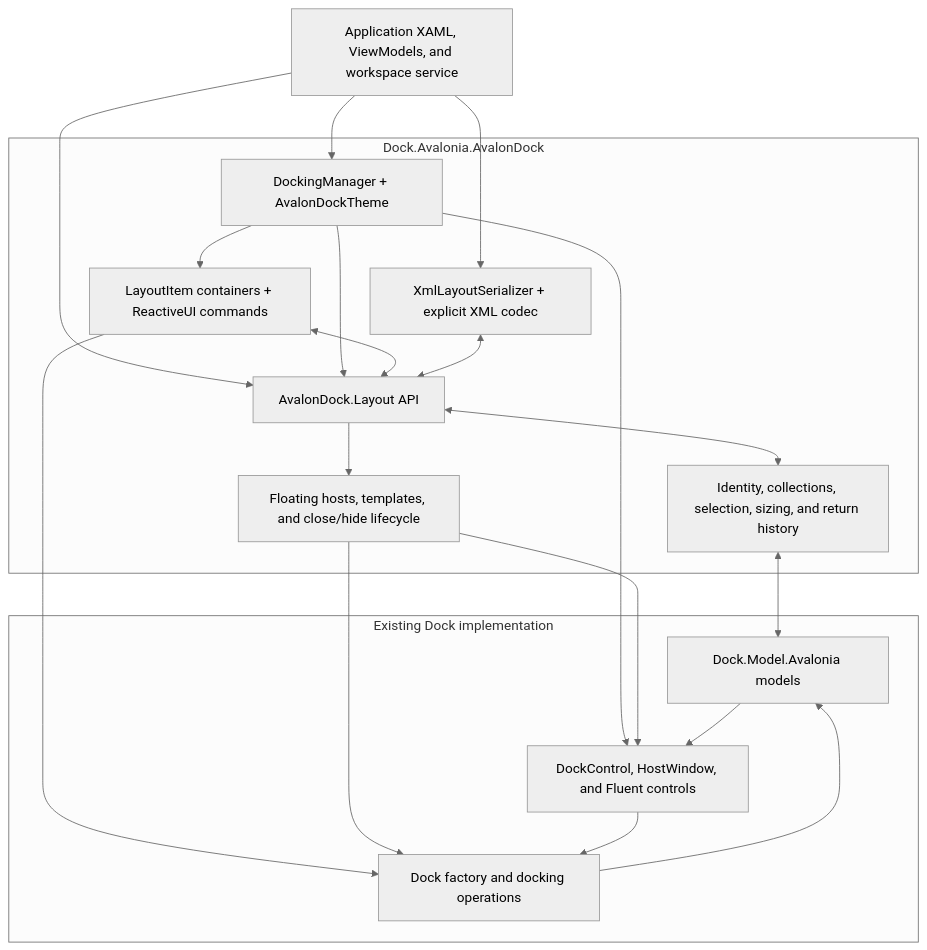
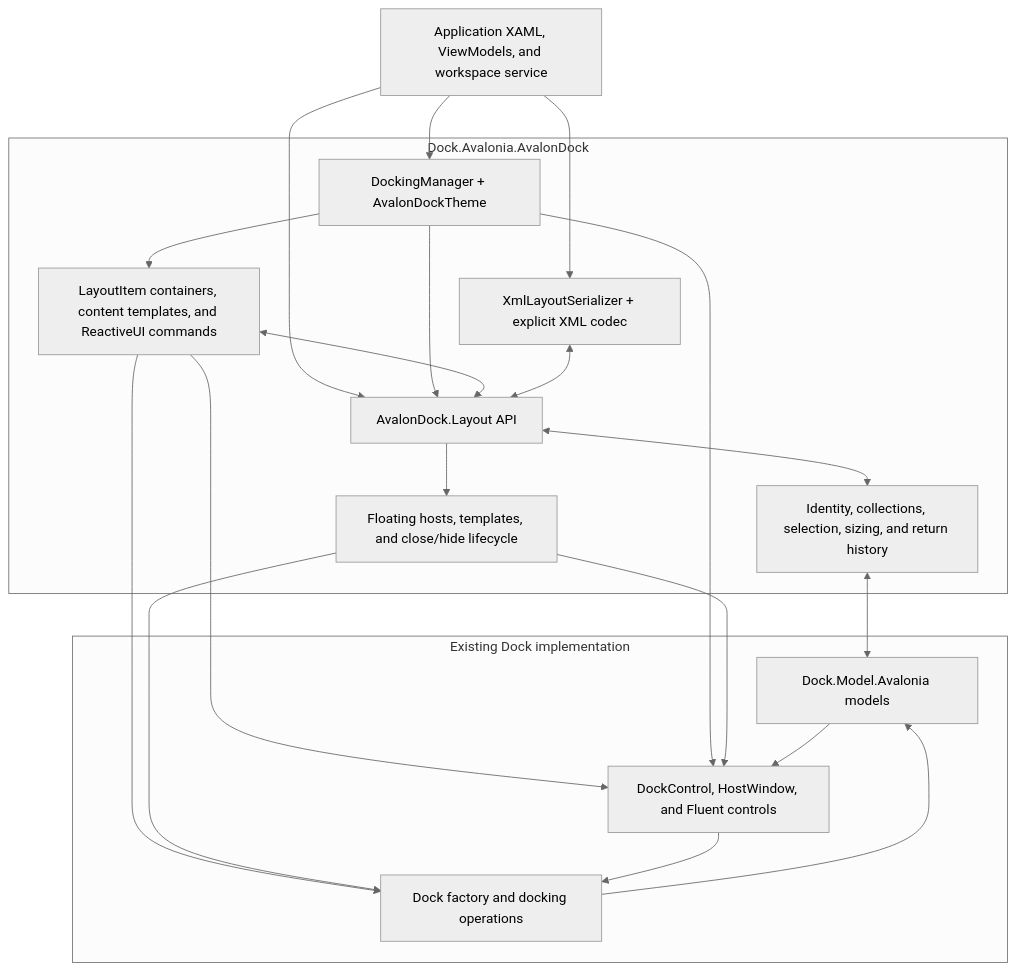
One commit to wieslawsoltes/Dock changed the diagram in docfx/articles/dock-avalondock.md. Above: the diagram before and after it, drawn with Mermaid (neutral theme). The commit also changed other lines of this file and 17 other files, not shown here.

Commit message:
Render native Dock content through AvalonDock item templates

````diff
--- a/docfx/articles/dock-avalondock.md
+++ b/docfx/articles/dock-avalondock.md
@@ -248,34 +299,35 @@
 ```mermaid
 flowchart TB
     App["Application XAML, ViewModels, and workspace service"]
     subgraph Compatibility["Dock.Avalonia.AvalonDock"]
         Manager["DockingManager + AvalonDockTheme"]
         Layout["AvalonDock.Layout API"]
-        Items["LayoutItem containers + ReactiveUI commands"]
+        Items["LayoutItem containers, content templates, and ReactiveUI commands"]
         Bridge["Identity, collections, selection, sizing, and return history"]
         Lifecycle["Floating hosts, templates, and close/hide lifecycle"]
         Xml["XmlLayoutSerializer + explicit XML codec"]
     end
     subgraph Native["Existing Dock implementation"]
         Models["Dock.Model.Avalonia models"]
         Factory["Dock factory and docking operations"]
         Controls["DockControl, HostWindow, and Fluent controls"]
     end
     App --> Manager
     App --> Layout
     App --> Xml
     Manager --> Layout
     Manager --> Items
     Items <--> Layout
     Items --> Factory
+    Items --> Controls
     Manager --> Controls
     Layout <--> Bridge
     Bridge <--> Models
     Layout --> Lifecycle
     Lifecycle --> Factory
     Lifecycle --> Controls
     Controls --> Factory
     Factory --> Models
     Models --> Controls
     Xml <--> Layout
 ```
````
